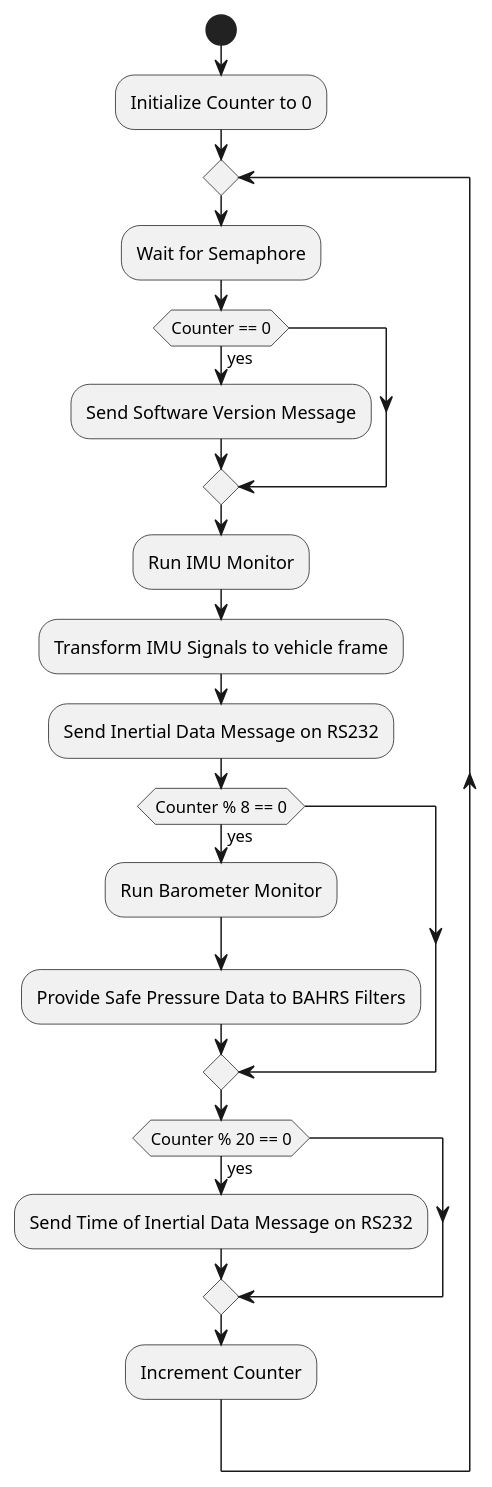
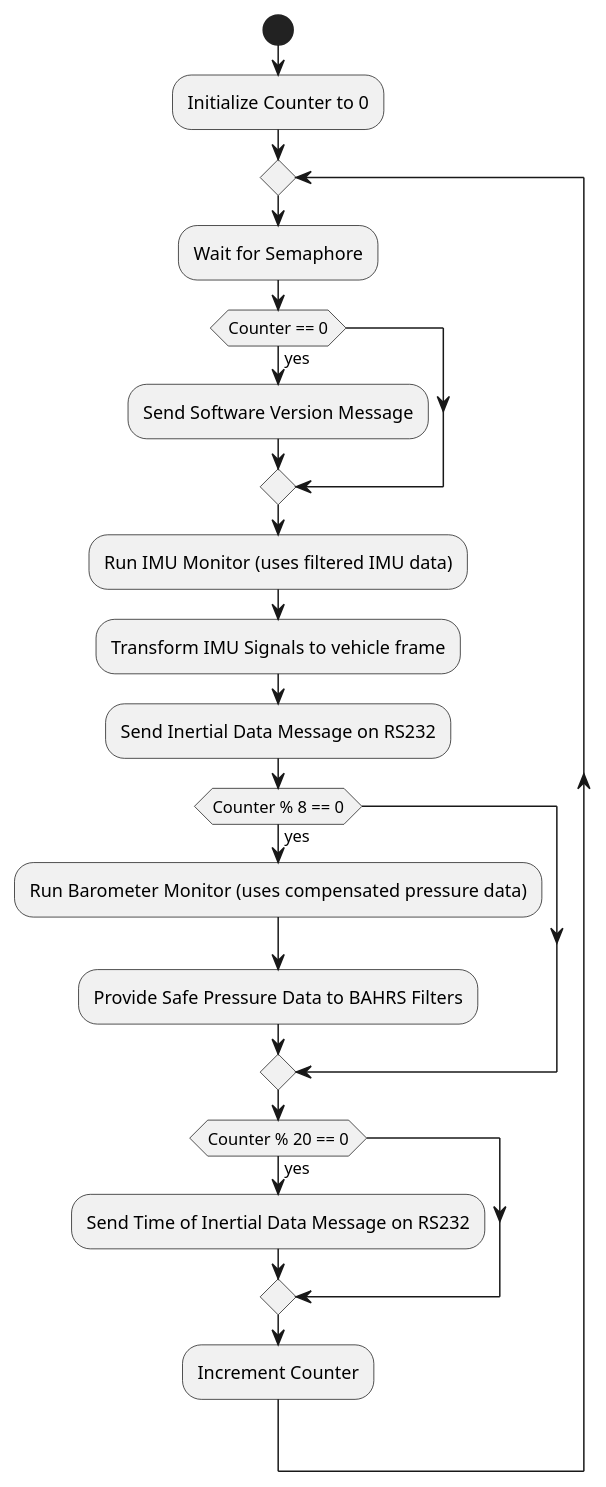
The tenth of 16 diagrams in docs/inline_umlgraph_pnghtml.pu (euler-nav/bahrs-arch-docs), drawn with PlantUML before and after one commit. The commit also changed other lines of this file and 233 other files, not shown here.

Commit message:
Update SW architecture

```diff
--- a/docs/inline_umlgraph_pnghtml.pu
+++ b/docs/inline_umlgraph_pnghtml.pu
@@ -300,27 +335,27 @@
 @startuml inline_umlgraph_4.png
 start
 
 :Initialize Counter to 0;
 
 repeat
     :Wait for Semaphore;
 
     if (Counter == 0) then (yes)
         :Send Software Version Message;
     endif
 
-    :Run IMU Monitor;
+    :Run IMU Monitor (uses filtered IMU data);
     :Transform IMU Signals to vehicle frame;
     :Send Inertial Data Message on RS232;
 
     if (Counter % 8 == 0) then (yes)
-        :Run Barometer Monitor;
+        :Run Barometer Monitor (uses compensated pressure data);
         :Provide Safe Pressure Data to BAHRS Filters;
     endif
 
     if (Counter % 20 == 0) then (yes)
         :Send Time of Inertial Data Message on RS232;
     endif
 
     :Increment Counter;
 @enduml
```
